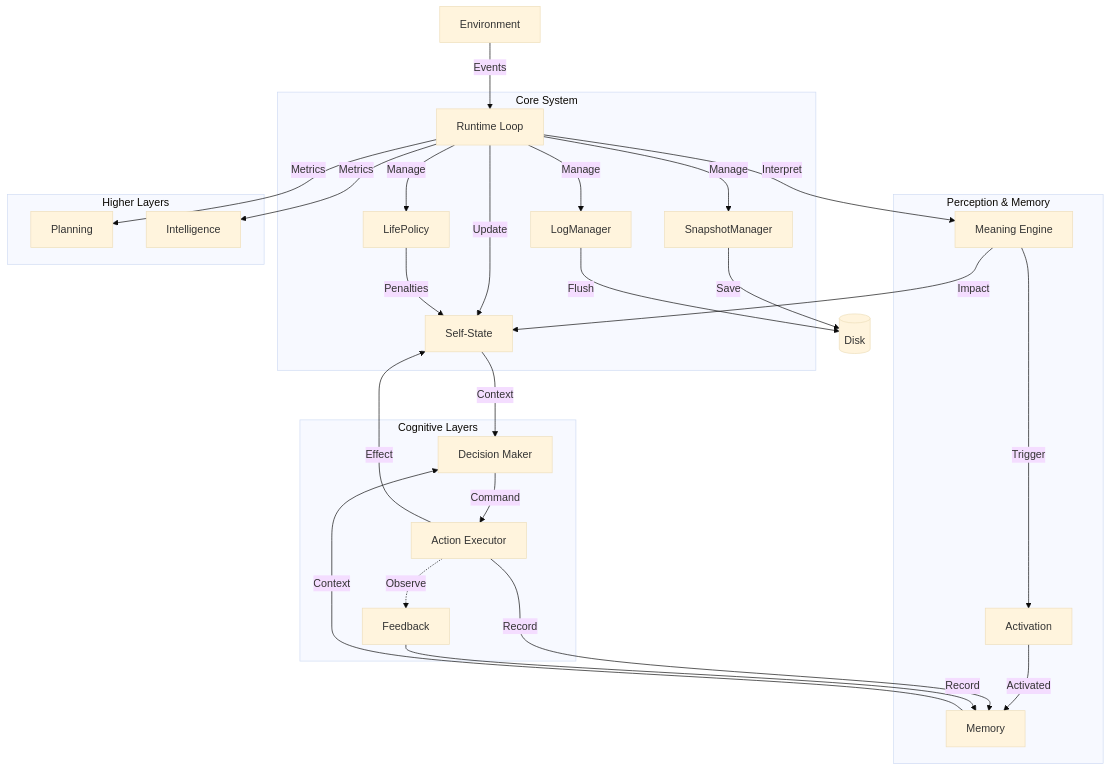
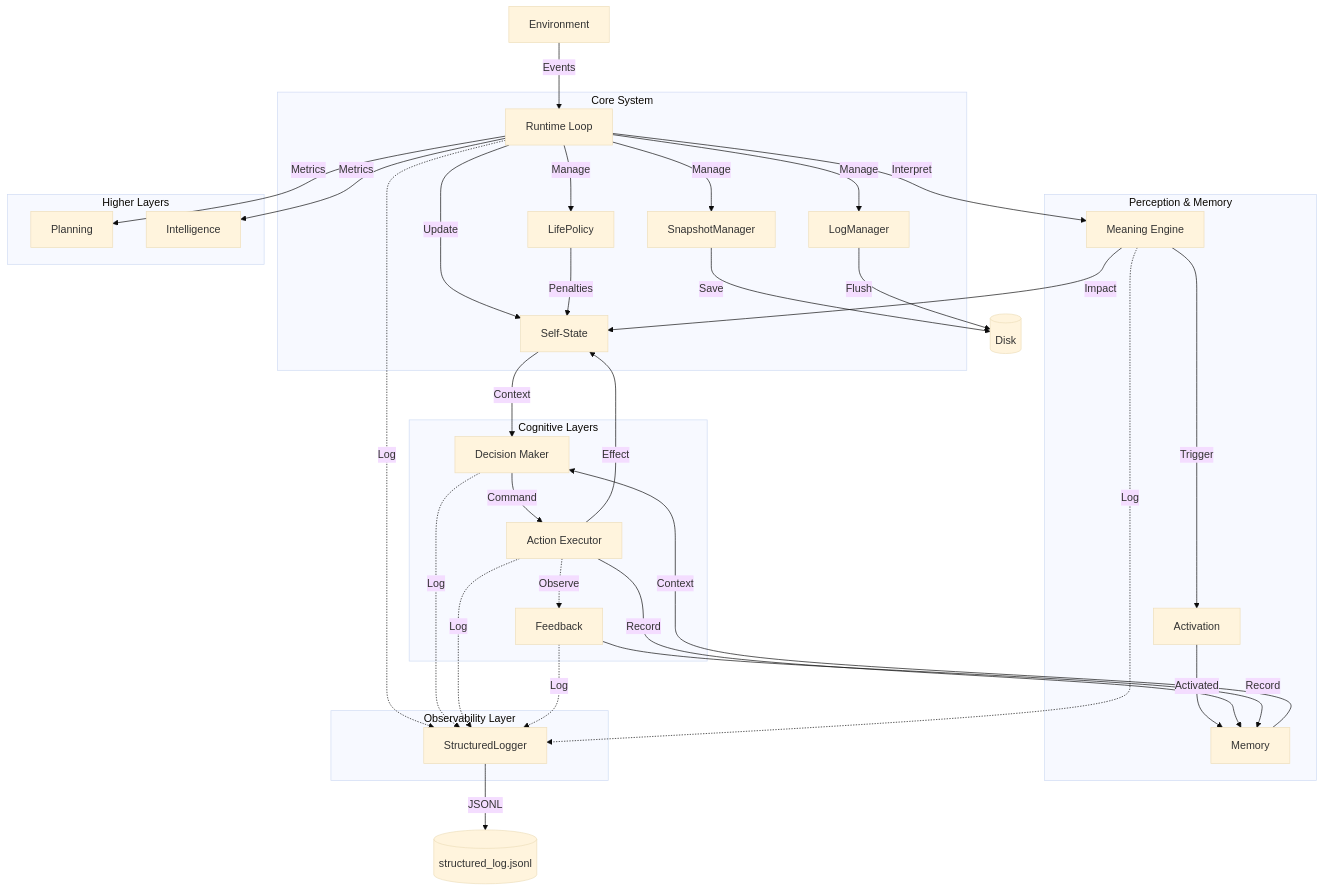
The diagram in docs/architecture/overview.md (AlexMiaWat/life), drawn with Mermaid (base theme) before and after one commit. The commit also changed other lines of this file and 23 other files, not shown here.

Commit message:
feat: add observability module with structured logging and monitoring

````diff
--- a/docs/architecture/overview.md
+++ b/docs/architecture/overview.md
@@ -7,50 +7,62 @@
 ```mermaid
 graph TD
     Env[Environment] -->|Events| Loop[Runtime Loop]
     Loop -->|Update| State[Self-State]
     Loop -->|Interpret| Meaning[Meaning Engine]
     Meaning -->|Impact| State
     Meaning -->|Trigger| Activation[Activation]
     Activation -->|Activated| Memory[Memory]
     Memory -->|Context| Decision[Decision Maker]
     State -->|Context| Decision
     Decision -->|Command| Action[Action Executor]
     Action -->|Effect| State
     Action -->|Record| Memory
     Action -.->|Observe| Feedback[Feedback]
     Feedback -->|Record| Memory
     Loop -->|Metrics| Planning[Planning]
     Loop -->|Metrics| Intelligence[Intelligence]
 
     Loop -->|Manage| SnapshotM[SnapshotManager]
     Loop -->|Manage| LogM[LogManager]
     Loop -->|Manage| LifeM[LifePolicy]
     SnapshotM -->|Save| Disk[(Disk)]
     LogM -->|Flush| Disk
     LifeM -->|Penalties| State
 
+    %% Observability Layer
+    Loop -.->|Log| Logger[StructuredLogger]
+    Meaning -.->|Log| Logger
+    Decision -.->|Log| Logger
+    Action -.->|Log| Logger
+    Feedback -.->|Log| Logger
+    Logger -->|JSONL| LogFile[(structured_log.jsonl)]
+
     subgraph "Core System"
         Loop
         State
         SnapshotM
         LogM
         LifeM
     end
 
     subgraph "Perception & Memory"
         Meaning
         Activation
         Memory
     end
 
     subgraph "Cognitive Layers"
         Decision
         Action
         Feedback
     end
 
     subgraph "Higher Layers"
         Planning
         Intelligence
     end
+
+    subgraph "Observability Layer"
+        Logger
+    end
 ```
````
